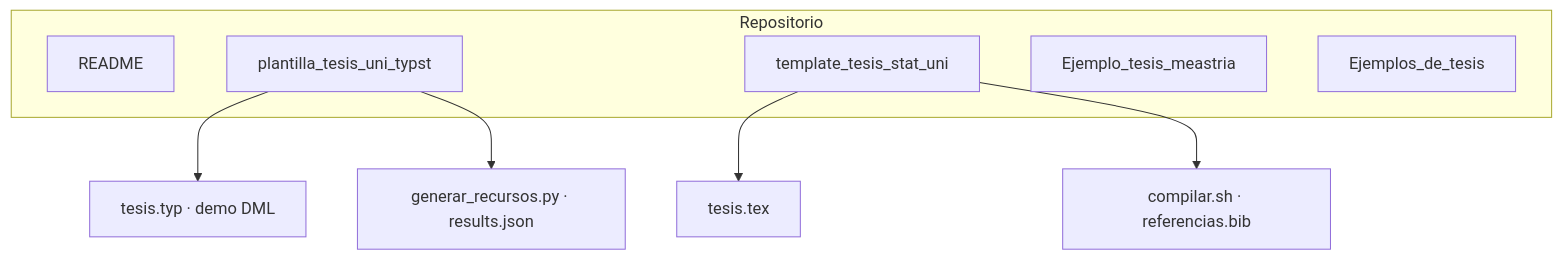
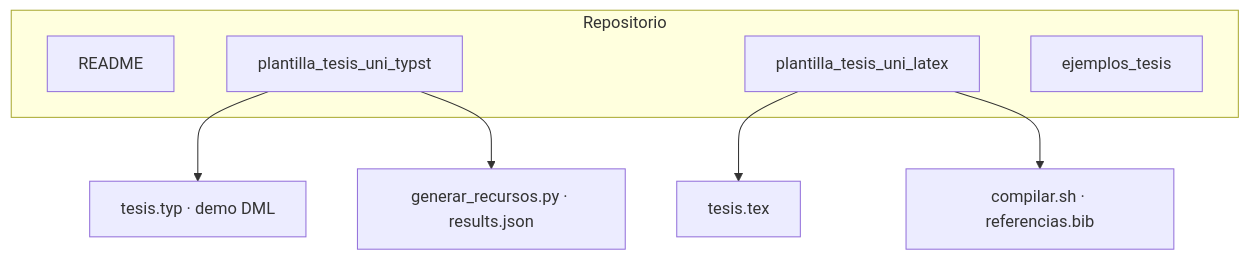
One commit to jelincovil/grupo_estudio_inferencia_causal_uni_peru changed the diagram in README.md. Above: the diagram before and after it, drawn with Mermaid. The commit also changed other lines of this file and 17 other files, not shown here.

First line of the commit message:
refactor: renombrar plantilla LaTeX y unificar ejemplos de tesis.

````diff
--- a/README.md
+++ b/README.md
@@ -39,14 +38,13 @@
 ```mermaid
 flowchart TB
   subgraph raiz["Repositorio"]
     R[README]
     T[plantilla_tesis_uni_typst]
-    L[template_tesis_stat_uni]
-    E1[Ejemplo_tesis_meastria]
-    E2[Ejemplos_de_tesis]
+    L[plantilla_tesis_uni_latex]
+    E[ejemplos_tesis]
   end
   T --> T1[tesis.typ · demo DML]
   T --> T2[generar_recursos.py · results.json]
   L --> L1[tesis.tex]
   L --> L2[compilar.sh · referencias.bib]
 ```
````
